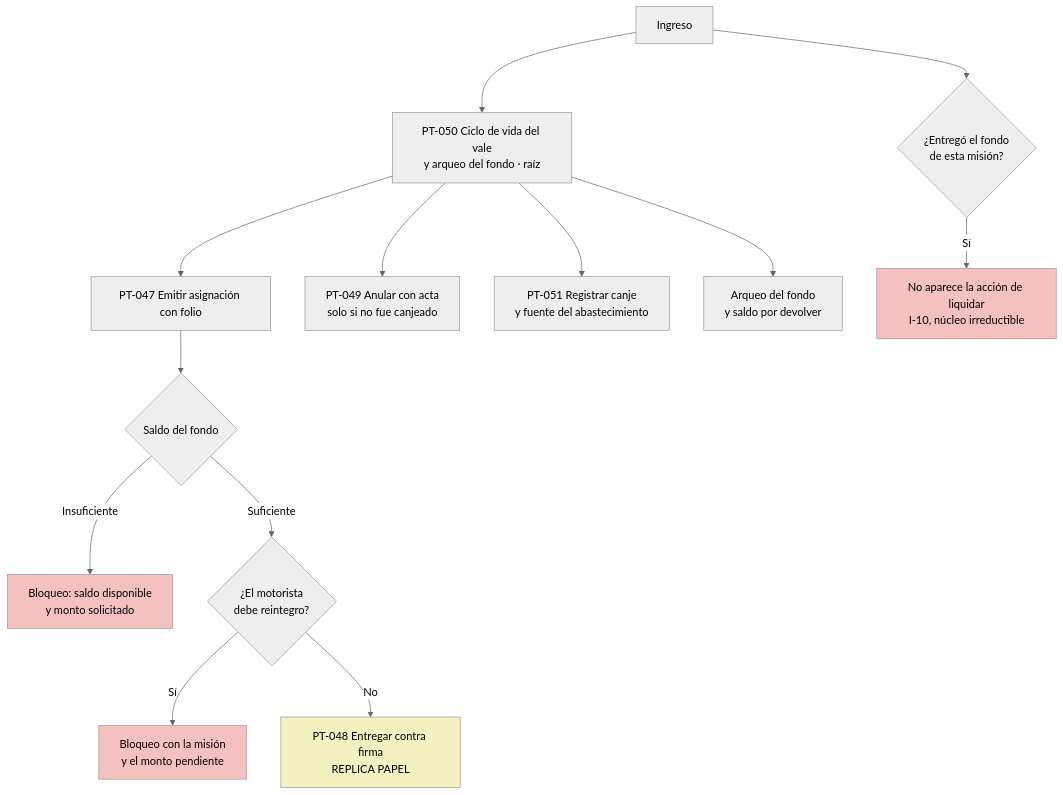
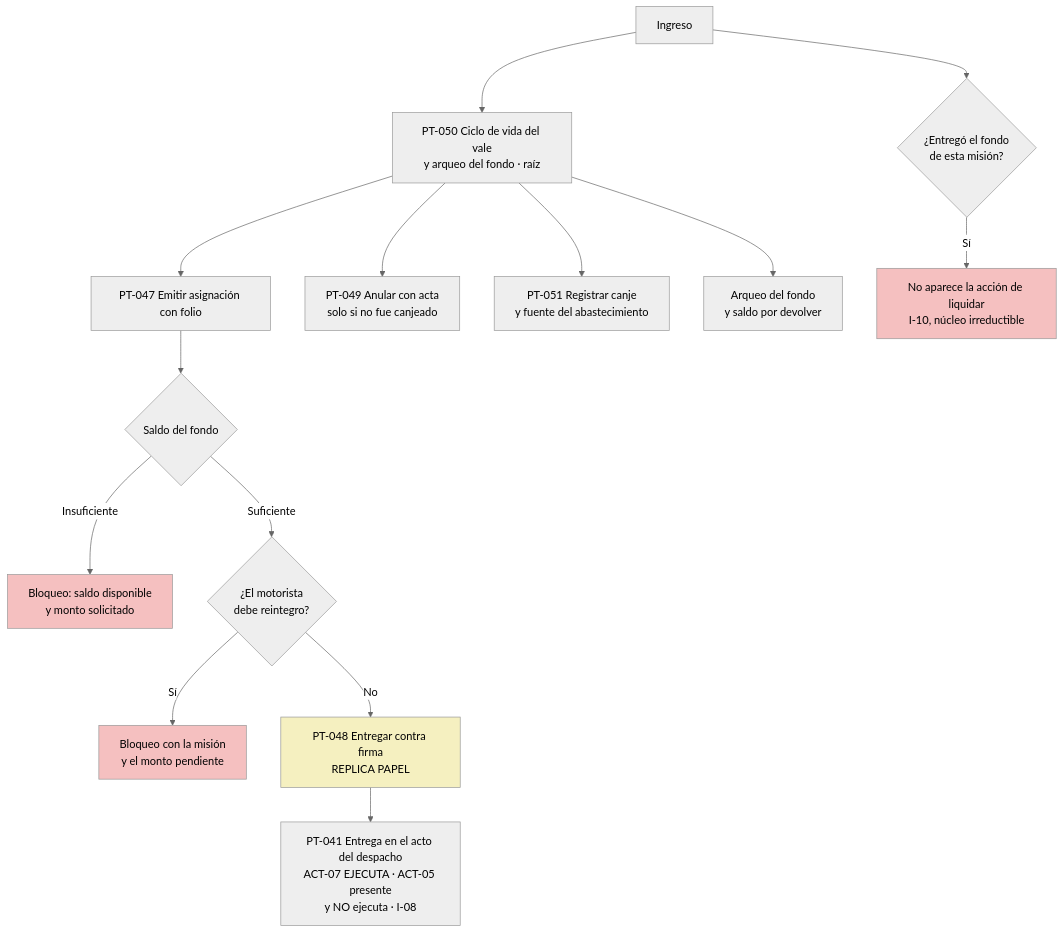
One commit to LuisDavidToruno/INM_TRANSPORTE changed the sixth of 11 diagrams in docs/04-diseno/mapa-de-navegacion.md. Above: the diagram before and after it, drawn with Mermaid (neutral theme). The commit also changed other lines of this file and 125 other files, not shown here.

````diff
--- a/docs/04-diseno/mapa-de-navegacion.md
+++ b/docs/04-diseno/mapa-de-navegacion.md
@@ -462,23 +499,24 @@
 ```mermaid
 flowchart TD
     A["Ingreso"] --> B["PT-050 Ciclo de vida del vale<br/>y arqueo del fondo · raíz"]
 
     B --> C["PT-047 Emitir asignación con folio"]
     C --> C1{"Saldo del fondo"}
     C1 -->|Insuficiente| C2["Bloqueo: saldo disponible<br/>y monto solicitado"]
     C1 -->|Suficiente| C3{"¿El motorista<br/>debe reintegro?"}
     C3 -->|Sí| C4["Bloqueo con la misión<br/>y el monto pendiente"]
     C3 -->|No| D["PT-048 Entregar contra firma<br/>REPLICA PAPEL"]
+    D --> D3["PT-041 Entrega en el acto del despacho<br/>ACT-07 EJECUTA · ACT-05 presente<br/>y NO ejecuta · I-08"]
 
     B --> E["PT-049 Anular con acta<br/>solo si no fue canjeado"]
     B --> F["PT-051 Registrar canje<br/>y fuente del abastecimiento"]
     B --> G["Arqueo del fondo<br/>y saldo por devolver"]
 
     A --> H{"¿Entregó el fondo<br/>de esta misión?"}
     H -->|Sí| I["No aparece la acción de liquidar<br/>I-10, núcleo irreductible"]
 
     style D fill:#f5f0c0
     style C2 fill:#f5c0c0
     style C4 fill:#f5c0c0
     style I fill:#f5c0c0
 ```
````
